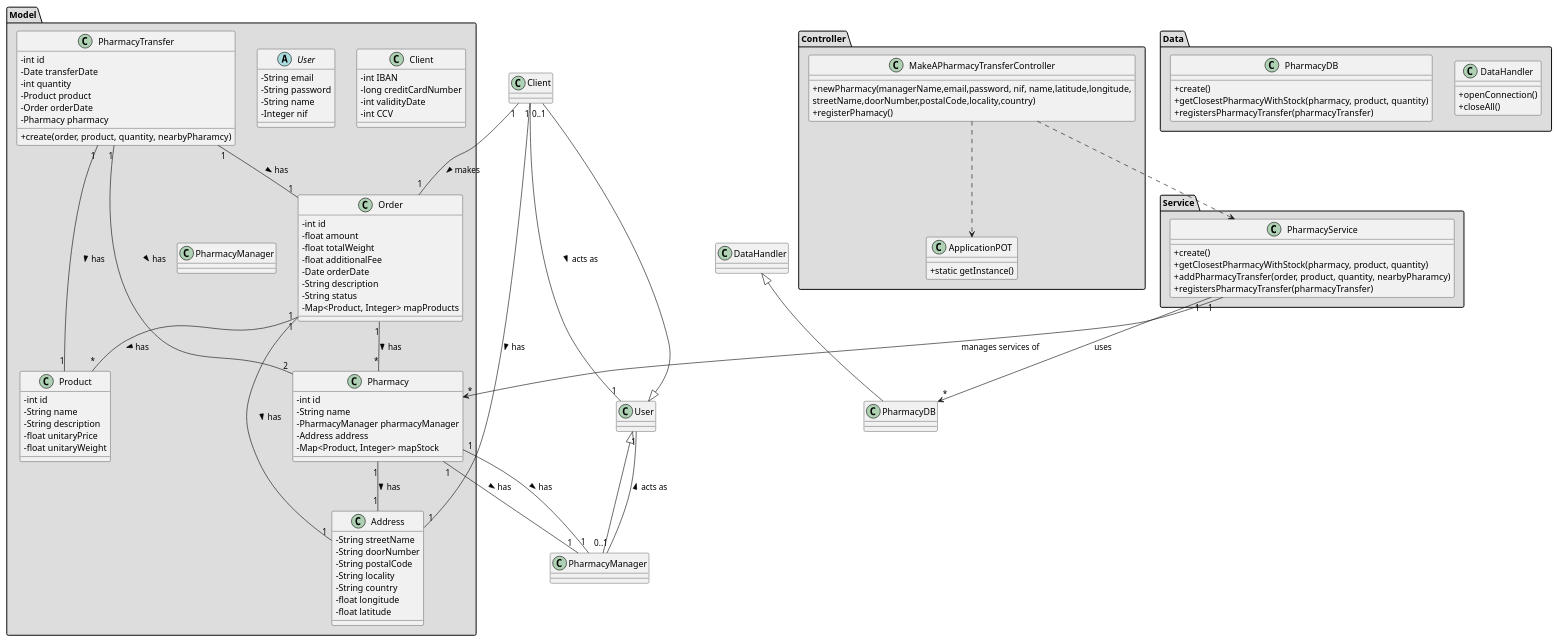
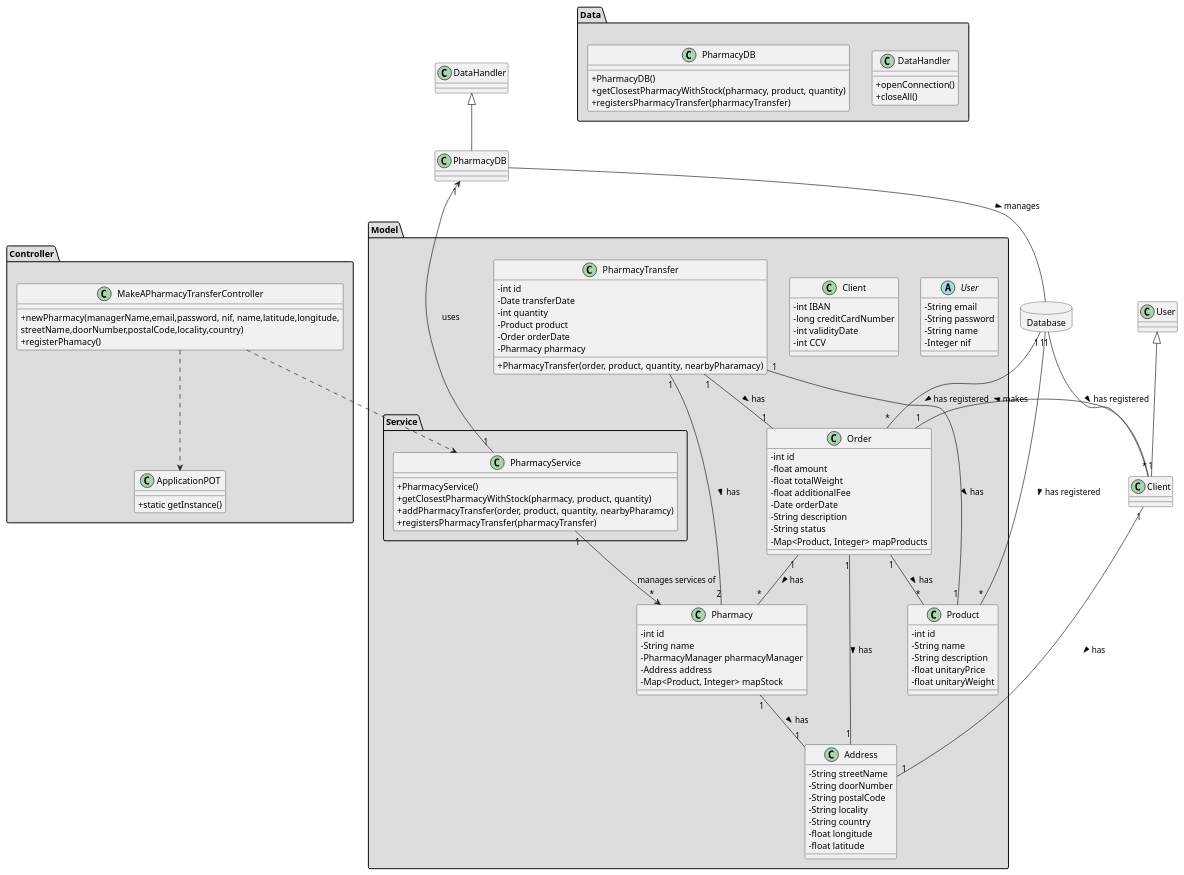
Before and after one commit to tiagoavcosta25/LAPR3: the diagram in docs/Iteration 2/Pharmacy Management/US200_MakeAPharmacyTransfer/US200_CD.puml, drawn with PlantUML. The commit also changed 4 other files, not shown here.

Commit message:
LAPR2AP2-232 Make A Pharmacy Transfer [Design]

```diff
--- a/docs/Iteration 2/Pharmacy Management/US200_MakeAPharmacyTransfer/US200_CD.puml
+++ b/docs/Iteration 2/Pharmacy Management/US200_MakeAPharmacyTransfer/US200_CD.puml
@@ -1,129 +1,128 @@
 @startuml
 skinparam classAttributeIconSize 0
 
 package "Controller" #DDDDDD {
 class MakeAPharmacyTransferController{
 +newPharmacy(managerName,email,password, nif, name,latitude,longitude,\nstreetName,doorNumber,postalCode,locality,country)
 +registerPhamacy()
 }
 
 class ApplicationPOT
 {
   +static getInstance()
 }
 }
 
+package "Model" #DDDDDD {
+
 package "Service" #DDDDDD {
    class PharmacyService{
-          +create()
+          +PharmacyService()
           +getClosestPharmacyWithStock(pharmacy, product, quantity)
           +addPharmacyTransfer(order, product, quantity, nearbyPharamcy)
           +registersPharmacyTransfer(pharmacyTransfer)
       }
  }
 
-
-package "Model" #DDDDDD {
 abstract class User{
 -String email
 -String password
 -String name
 -Integer nif
 }
 
 class Client{
 -   int IBAN
 -   long creditCardNumber
 -   int validityDate
 -   int CCV
 }
 
 class Address{
 -   String streetName
 -   String doorNumber
 -   String postalCode
 -   String locality
 -   String country
 -   float longitude
 -   float latitude
 }
 
 class Pharmacy{
 -   int id
 -   String name
 -   PharmacyManager pharmacyManager
 -   Address address
 -   Map<Product, Integer> mapStock
 }
 
-class PharmacyManager{
-}
-
 class Order{
 -   int id
 -   float amount
 -   float totalWeight
 -   float additionalFee
 -   Date orderDate
 -   String description
 -   String status
 -   Map<Product, Integer> mapProducts
 }
 
 class Product{
 -   int id
 -   String name
 -   String description
 -   float unitaryPrice
 -   float unitaryWeight
 }
 
 class PharmacyTransfer{
 -   int id
 -   Date transferDate
 -   int quantity
 -   Product product
 -   Order orderDate
 -   Pharmacy pharmacy
-+create(order, product, quantity, nearbyPharamcy)
++PharmacyTransfer(order, product, quantity, nearbyPharamacy)
 }
 
 }
 
 
 package "Data" #DDDDDD {
 class DataHandler{
     +openConnection()
     +closeAll()
 }
 
 class PharmacyDB{
-          +create()
+          +PharmacyDB()
           +getClosestPharmacyWithStock(pharmacy, product, quantity)
           +registersPharmacyTransfer(pharmacyTransfer)
       }
 }
 
+database Database {
+}
+
 class PharmacyDB extends DataHandler
-class PharmacyManager extends User
 class Client extends User
 
 MakeAPharmacyTransferController ..> ApplicationPOT
 MakeAPharmacyTransferController ..> PharmacyService
+Database "1" -- "*" Order : has registered >
+Database "1" -- "*" Product : has registered >
+Database "1" -- "*" Client : has registered >
+PharmacyDB -- Database : manages >
 PharmacyService "1" --> "*" Pharmacy : manages services of
-PharmacyService "1" --> "*" PharmacyDB : uses
+PharmacyService "1" --> "1" PharmacyDB : uses
 Pharmacy "1" -- "1" Address : has >
-Pharmacy "1" -- "1" PharmacyManager : has >
-PharmacyManager "0..1" -- "1" User: acts as >
-Pharmacy "1" -- "1" PharmacyManager : has >
 Order "1" -- "*" Product : has >
 Order "1" -- "*" Pharmacy : has >
-Client "0..1" -- "1" User: acts as >
 Client "1" -- "1" Order : makes >
 Client "1" -- "1" Address : has >
 Order "1" -- "1" Address : has >
 PharmacyTransfer "1" -- "2" Pharmacy : has >
 PharmacyTransfer "1" -- "1" Product : has >
 PharmacyTransfer "1" -- "1" Order : has >
 
 @enduml
```
